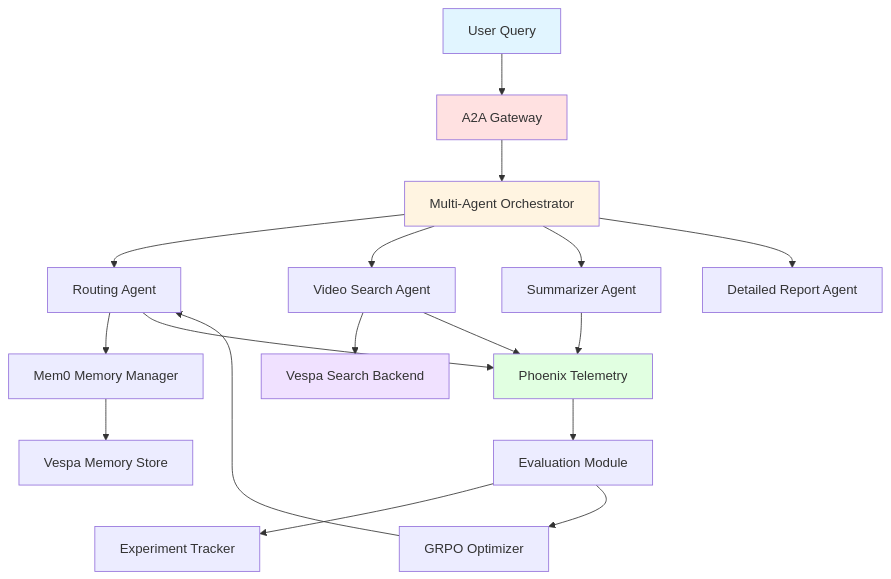
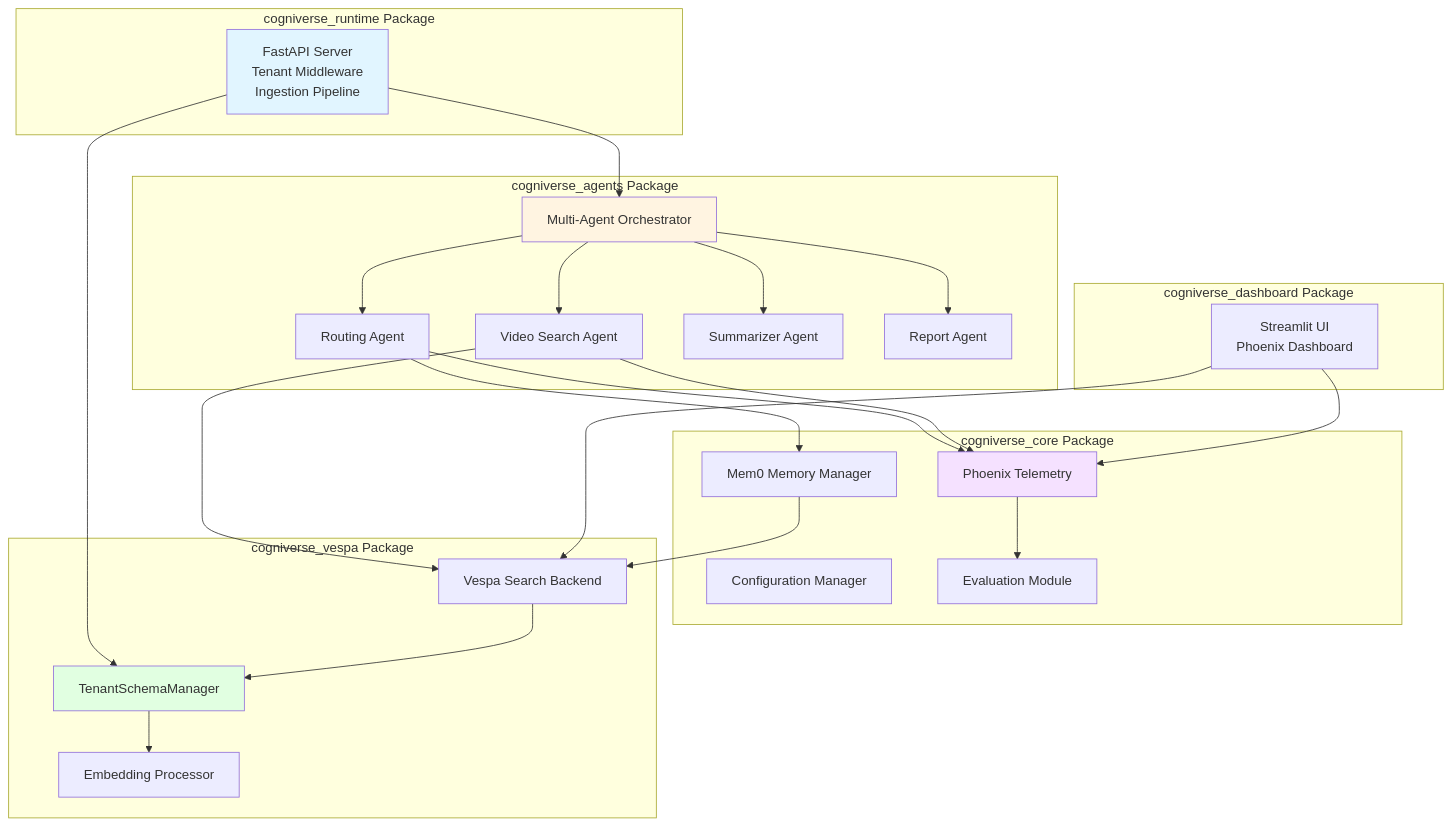
Before and after one commit to amit-jain/cogniverse: the first of 25 diagrams in docs/architecture/system-flows.md, drawn with Mermaid. The commit also changed other lines of this file and 25 other files, not shown here.

````diff
--- a/docs/architecture/system-flows.md
+++ b/docs/architecture/system-flows.md
@@ -24,31 +26,58 @@
 ```mermaid
 graph TB
-    User[User Query] --> Gateway[A2A Gateway]
-    Gateway --> Orchestrator[Multi-Agent Orchestrator]
+    subgraph "cogniverse_runtime Package"
+        Runtime[FastAPI Server<br/>Tenant Middleware<br/>Ingestion Pipeline]
+    end
 
-    Orchestrator --> Routing[Routing Agent]
-    Orchestrator --> VideoAgent[Video Search Agent]
-    Orchestrator --> Summarizer[Summarizer Agent]
-    Orchestrator --> ReportAgent[Detailed Report Agent]
+    subgraph "cogniverse_agents Package"
+        Orchestrator[Multi-Agent Orchestrator]
+        Routing[Routing Agent]
+        VideoAgent[Video Search Agent]
+        Summarizer[Summarizer Agent]
+        ReportAgent[Report Agent]
+    end
 
-    Routing --> Memory[Mem0 Memory Manager]
-    VideoAgent --> Vespa[Vespa Search Backend]
+    subgraph "cogniverse_core Package"
+        Memory[Mem0 Memory Manager]
+        Config[Configuration Manager]
+        Telemetry[Phoenix Telemetry]
+        Evaluation[Evaluation Module]
+    end
 
-    Routing --> Phoenix[Phoenix Telemetry]
-    VideoAgent --> Phoenix
-    Summarizer --> Phoenix
+    subgraph "cogniverse_vespa Package"
+        TenantMgr[TenantSchemaManager]
+        VespaBackend[Vespa Search Backend]
+        EmbedProc[Embedding Processor]
+    end
 
-    Phoenix --> Evaluation[Evaluation Module]
-    Evaluation --> Experiments[Experiment Tracker]
-    Evaluation --> Optimizer[GRPO Optimizer]
+    subgraph "cogniverse_dashboard Package"
+        Dashboard[Streamlit UI<br/>Phoenix Dashboard]
+    end
 
-    Optimizer --> Routing
+    Runtime --> Orchestrator
+    Runtime --> TenantMgr
 
-    Memory --> VespaMemory[Vespa Memory Store]
+    Orchestrator --> Routing
+    Orchestrator --> VideoAgent
+    Orchestrator --> Summarizer
+    Orchestrator --> ReportAgent
 
-    style User fill:#e1f5ff
-    style Gateway fill:#ffe1e1
+    Routing --> Memory
+    Routing --> Telemetry
+    VideoAgent --> VespaBackend
+    VideoAgent --> Telemetry
+
+    Memory --> VespaBackend
+    Telemetry --> Evaluation
+
+    VespaBackend --> TenantMgr
+    TenantMgr --> EmbedProc
+
+    Dashboard --> Telemetry
+    Dashboard --> VespaBackend
+
+    style Runtime fill:#e1f5ff
     style Orchestrator fill:#fff4e1
-    style Phoenix fill:#e1ffe1
-    style Vespa fill:#f0e1ff
+    style TenantMgr fill:#e1ffe1
+    style Telemetry fill:#f5e1ff
 ```
````
